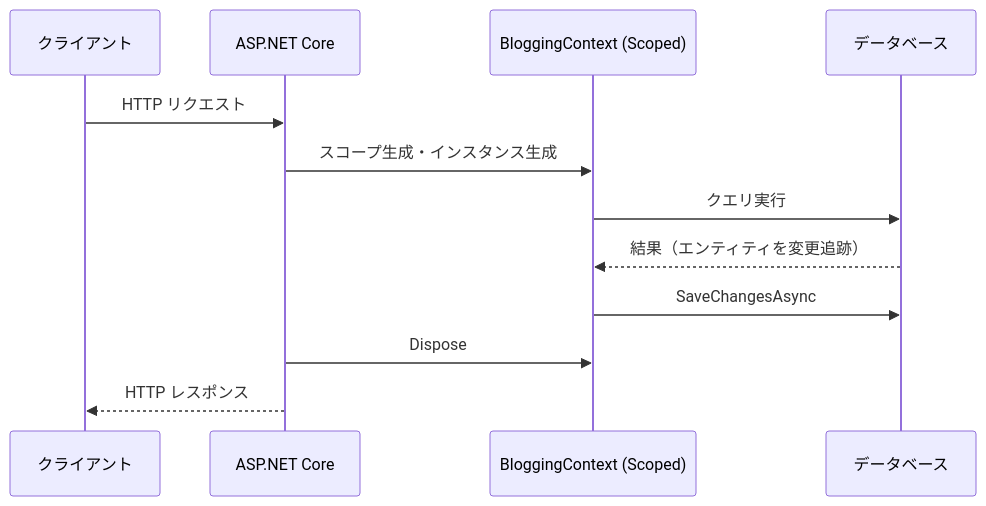
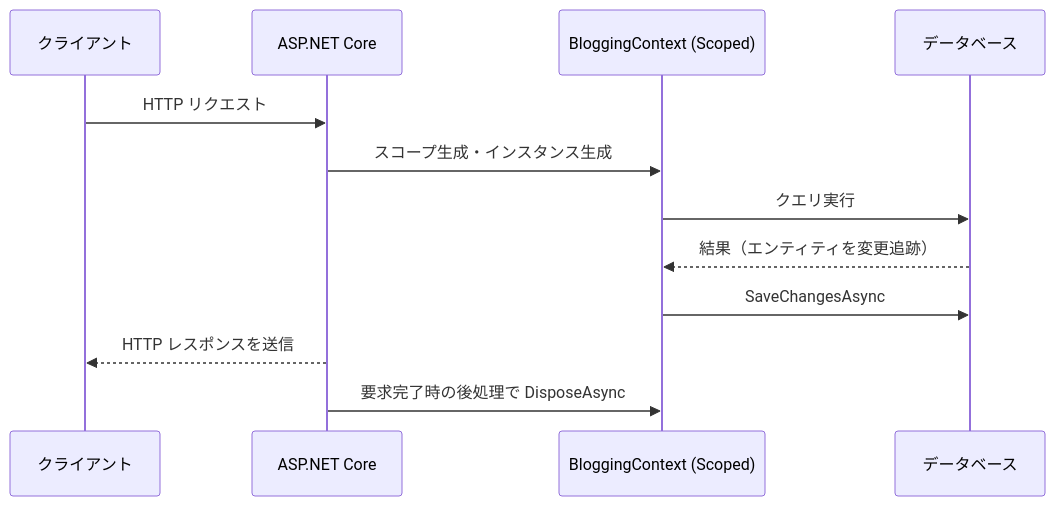
The fourth of 8 diagrams in src/content/docs/08-entity-framework-core/index.md (microsoft/aspnetcore-ja-handbook), drawn with Mermaid before and after one commit. The commit also changed other lines of this file and 6 other files, not shown here.

````diff
--- a/src/content/docs/08-entity-framework-core/index.md
+++ b/src/content/docs/08-entity-framework-core/index.md
@@ -543,17 +553,17 @@
 ```mermaid
 sequenceDiagram
     accTitle: HTTP リクエストと Scoped な DbContext の寿命
-    accDescr: リクエストごとに ASP.NET Core がスコープを作って DbContext を生成し、クエリと SaveChangesAsync を実行したあと Dispose してレスポンスを返す。
+    accDescr: 正常な要求では、ASP.NET Core が要求スコープの DbContext を使ってクエリと保存を行い、HTTP レスポンスを送信する。要求完了時の後処理でスコープと DbContext を破棄する。
     participant C as クライアント
     participant M as ASP.NET Core
     participant CT as BloggingContext (Scoped)
     participant DB as データベース
 
     C->>M: HTTP リクエスト
     M->>CT: スコープ生成・インスタンス生成
     CT->>DB: クエリ実行
     DB-->>CT: 結果（エンティティを変更追跡）
     CT->>DB: SaveChangesAsync
-    M->>CT: Dispose
-    M-->>C: HTTP レスポンス
+    M-->>C: HTTP レスポンスを送信
+    M->>CT: 要求完了時の後処理で DisposeAsync
 ```
````
